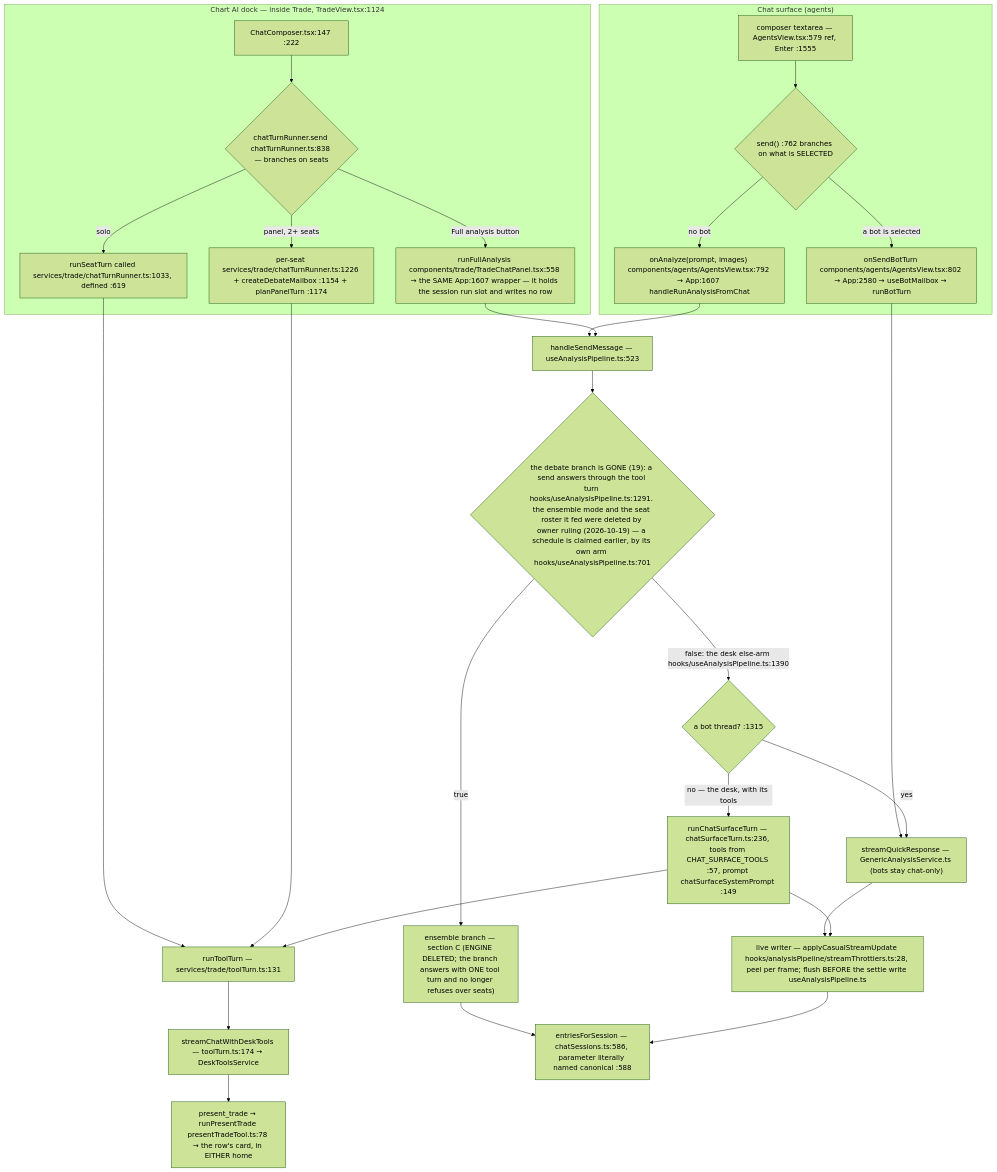
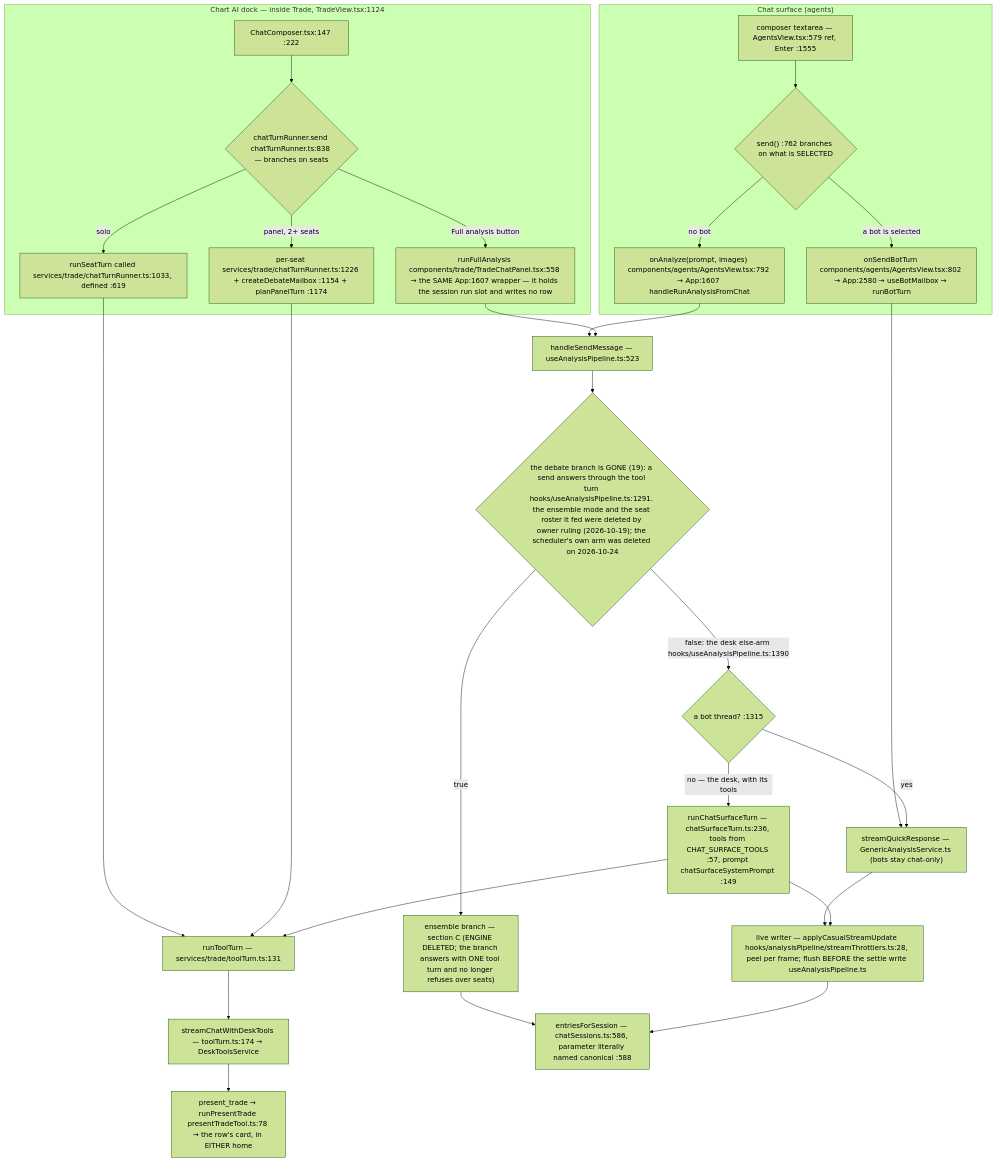
Before and after one commit to Acepay25/august-3.5: the second of 8 diagrams in docs/app-flow.md, drawn with Mermaid (forest theme). The commit also changed other lines of this file and 1 other file, not shown here.

Commit message:
docs(flow): remove the automation narrative for the deleted feature

````diff
--- a/docs/app-flow.md
+++ b/docs/app-flow.md
@@ -73,31 +73,31 @@
 ```mermaid
 flowchart TD
     subgraph CHAT["Chat surface (agents)"]
         CB["composer textarea — AgentsView.tsx:579 ref, Enter :1555"] --> D1{"send() :762 branches on what is SELECTED"}
         D1 -->|a bot is selected| BOT["onSendBotTurn components/agents/AgentsView.tsx:802 → App:2580 → useBotMailbox → runBotTurn"]
         D1 -->|no bot| AN["onAnalyze(prompt, images) components/agents/AgentsView.tsx:792 → App:1607 handleRunAnalysisFromChat"]
     end
     subgraph DOCK["Chart AI dock — inside Trade, TradeView.tsx:1124"]
         DC["ChatComposer.tsx:147 :222"] --> D2{"chatTurnRunner.send chatTurnRunner.ts:838 — branches on seats"}
         D2 -->|solo| SO["runSeatTurn called services/trade/chatTurnRunner.ts:1033, defined :619"]
         D2 -->|panel, 2+ seats| PN["per-seat services/trade/chatTurnRunner.ts:1226 + createDebateMailbox :1154 + planPanelTurn :1174"]
         D2 -->|Full analysis button| FA["runFullAnalysis components/trade/TradeChatPanel.tsx:558 → the SAME App:1607 wrapper — it holds the session run slot and writes no row"]
     end
     SO --> TT["runToolTurn — services/trade/toolTurn.ts:131"]
     PN --> TT
     TT --> SCDT["streamChatWithDeskTools — toolTurn.ts:174 → DeskToolsService"]
     BOT --> TR["streamQuickResponse — GenericAnalysisService.ts (bots stay chat-only)"]
     AN --> HSM["handleSendMessage — useAnalysisPipeline.ts:523"]
     FA --> HSM
-    HSM --> D3{"the debate branch is GONE (19): a send answers through the tool turn hooks/useAnalysisPipeline.ts:1291. the ensemble mode and the seat roster it fed were deleted by owner ruling (2026-10-19) — a schedule is claimed earlier, by its own arm hooks/useAnalysisPipeline.ts:701"}
+    HSM --> D3{"the debate branch is GONE (19): a send answers through the tool turn hooks/useAnalysisPipeline.ts:1291. the ensemble mode and the seat roster it fed were deleted by owner ruling (2026-10-19); the scheduler's own arm was deleted on 2026-10-24"}
     D3 -->|true| ENS["ensemble branch — section C (ENGINE DELETED; the branch answers with ONE tool turn and no longer refuses over seats)"]
     D3 -->|false: the desk else-arm hooks/useAnalysisPipeline.ts:1390| SPLIT{"a bot thread? :1315"}
     SPLIT -->|yes| TR
     SPLIT -->|no — the desk, with its tools| CST["runChatSurfaceTurn — chatSurfaceTurn.ts:236, tools from CHAT_SURFACE_TOOLS :57, prompt chatSurfaceSystemPrompt :149"]
     CST --> TT
     TR --> LW["live writer — applyCasualStreamUpdate hooks/analysisPipeline/streamThrottlers.ts:28, peel per frame; flush BEFORE the settle write useAnalysisPipeline.ts"]
     CST --> LW
     ENS --> MERGE
     LW --> MERGE["entriesForSession — chatSessions.ts:586, parameter literally named canonical :588"]
     SCDT --> PT["present_trade → runPresentTrade presentTradeTool.ts:78 → the row's card, in EITHER home"]
 ```
````
